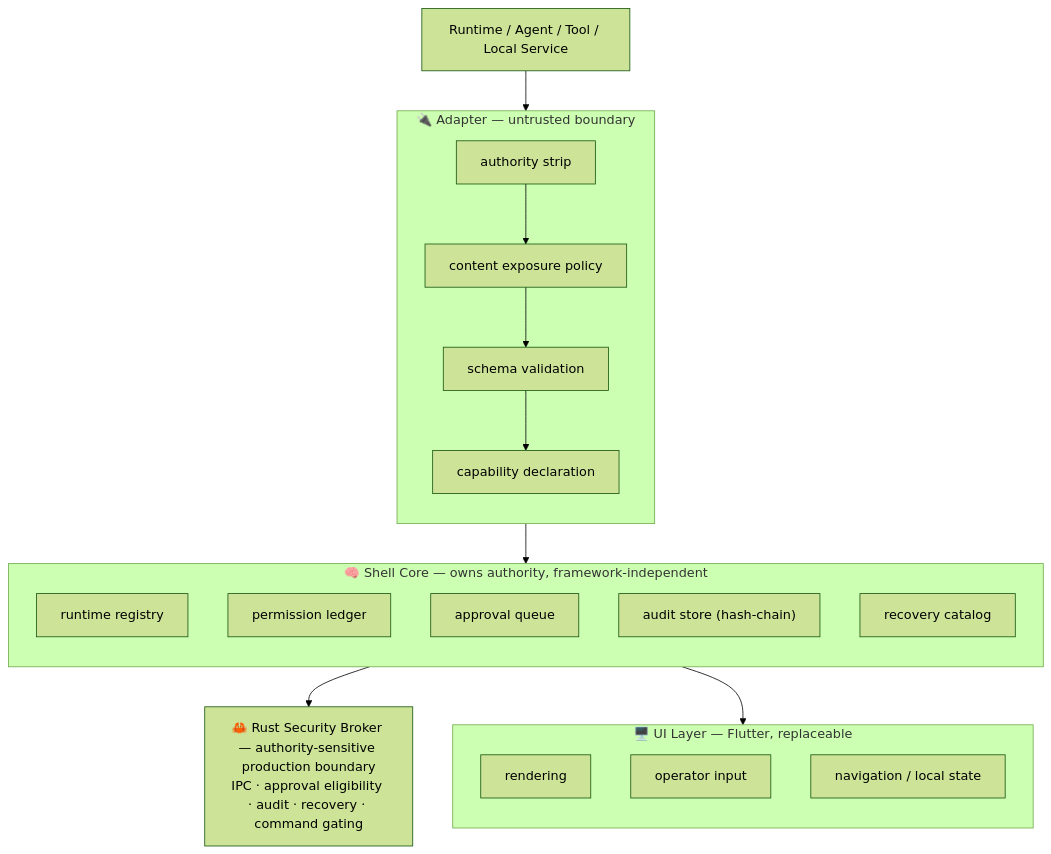
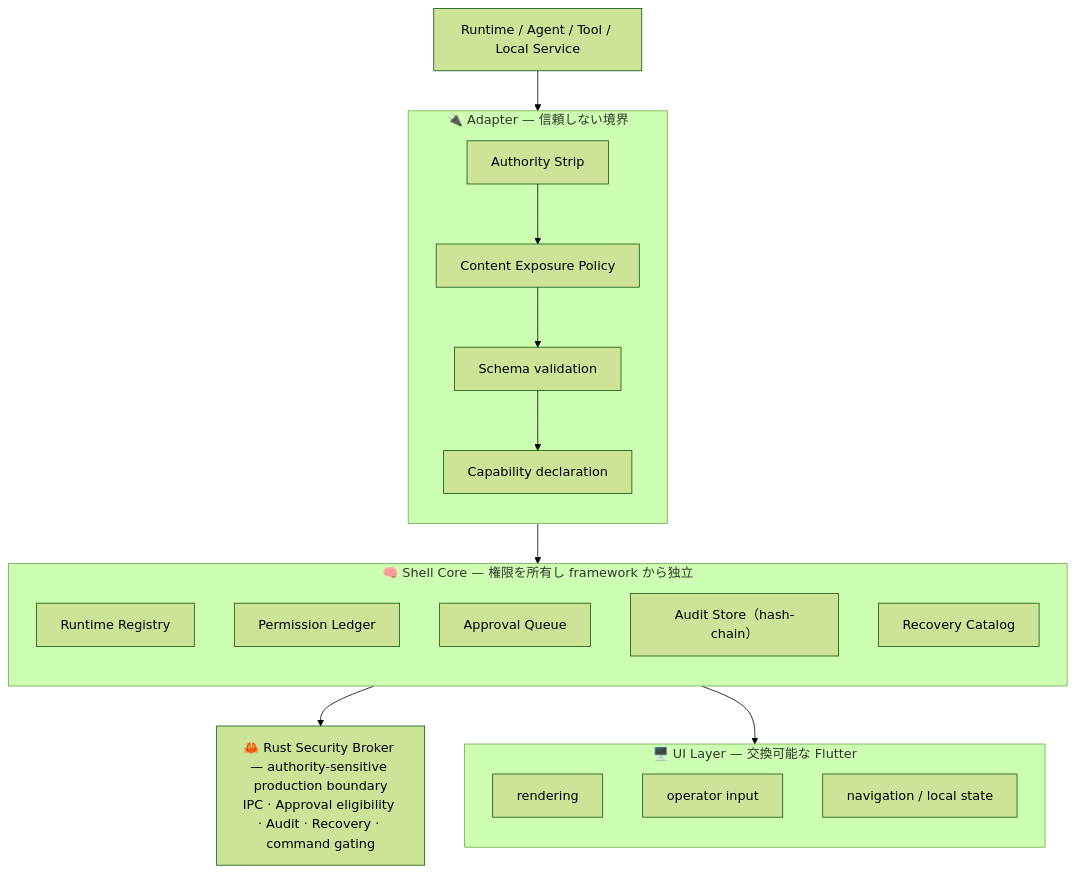
One commit to gatchimuchio/D4-POCKET changed the diagram in README.md. Above: the diagram before and after it, drawn with Mermaid (forest theme). The commit also changed other lines of this file and 218 other files, not shown here.

````diff
--- a/README.md
+++ b/README.md
@@ -101,31 +95,31 @@
-```mermaid
+~~~mermaid
 flowchart TD
     SRC["Runtime / Agent / Tool / Local Service"]
-    subgraph ADAPTER["🔌 Adapter — untrusted boundary"]
+    subgraph ADAPTER["🔌 Adapter — 信頼しない境界"]
         direction TB
-        A1["authority strip"]
-        A2["content exposure policy"]
-        A3["schema validation"]
-        A4["capability declaration"]
+        A1["Authority Strip"]
+        A2["Content Exposure Policy"]
+        A3["Schema validation"]
+        A4["Capability declaration"]
         A1 --> A2 --> A3 --> A4
     end
-    subgraph CORE["🧠 Shell Core — owns authority, framework-independent"]
+    subgraph CORE["🧠 Shell Core — 権限を所有し framework から独立"]
         direction TB
-        C1["runtime registry"]
-        C2["permission ledger"]
-        C3["approval queue"]
-        C4["audit store (hash-chain)"]
-        C5["recovery catalog"]
+        C1["Runtime Registry"]
+        C2["Permission Ledger"]
+        C3["Approval Queue"]
+        C4["Audit Store（hash-chain）"]
+        C5["Recovery Catalog"]
     end
-    BROKER["🦀 Rust Security Broker — authority-sensitive production boundary<br/>IPC · approval eligibility · audit · recovery · command gating"]
-    subgraph UI["🖥️ UI Layer — Flutter, replaceable"]
+    BROKER["🦀 Rust Security Broker — authority-sensitive production boundary<br/>IPC · Approval eligibility · Audit · Recovery · command gating"]
+    subgraph UI["🖥️ UI Layer — 交換可能な Flutter"]
         direction TB
         U1["rendering"]
         U2["operator input"]
         U3["navigation / local state"]
     end
 
     SRC --> ADAPTER --> CORE
     CORE --> BROKER
     CORE --> UI
-```
+~~~
````
